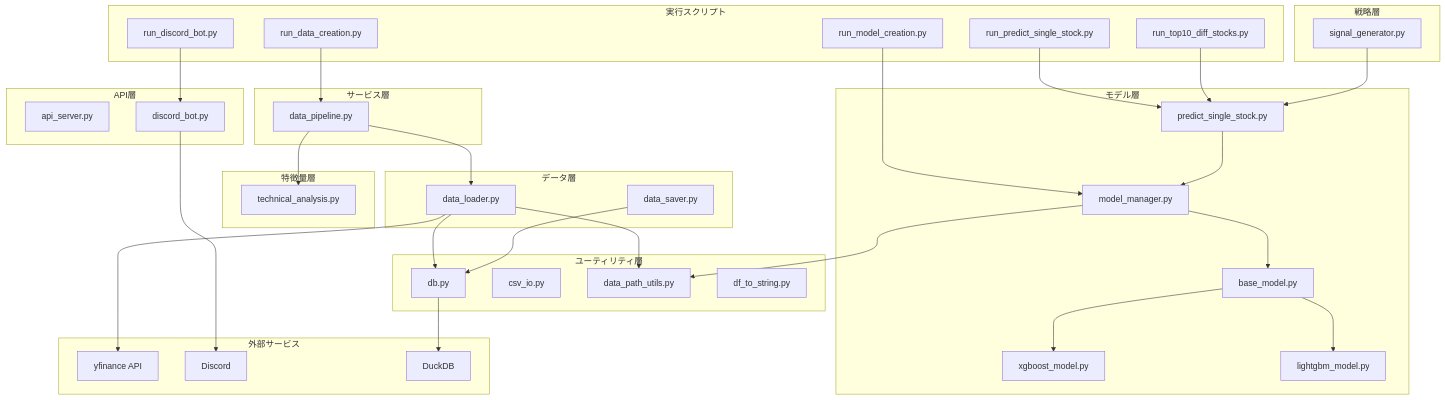
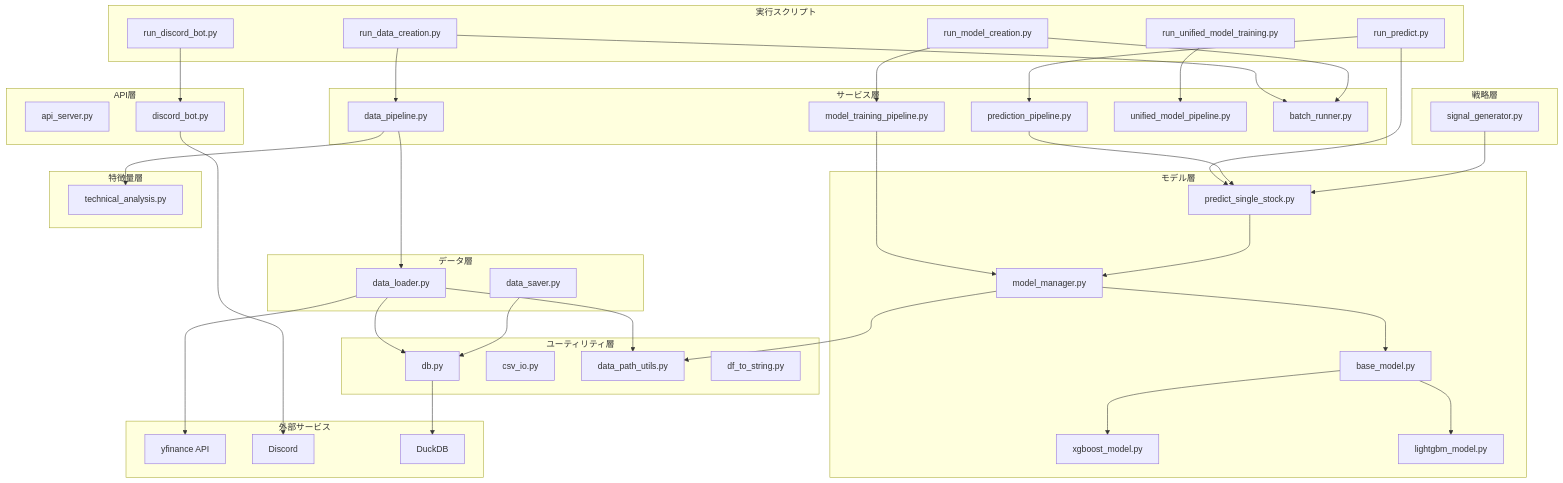
Before and after one commit to rei4725/StockFixer: the diagram in docs/ARCHITECTURE.md, drawn with Mermaid. The commit also changed other lines of this file and 14 other files, not shown here.

```diff
--- a/docs/ARCHITECTURE.md
+++ b/docs/ARCHITECTURE.md
@@ -352,8 +377,8 @@
     subgraph "実行スクリプト"
         R1[run_data_creation.py]
         R2[run_model_creation.py]
-        R3[run_predict_single_stock.py]
-        R4[run_top10_diff_stocks.py]
+        R3[run_predict.py]
+        R4[run_unified_model_training.py]
         R5[run_discord_bot.py]
     end
 
@@ -364,6 +389,10 @@
 
     subgraph "サービス層"
         S1[data_pipeline.py]
+        S2[model_training_pipeline.py]
+        S3[prediction_pipeline.py]
+        S4[unified_model_pipeline.py]
+        S5[batch_runner.py]
     end
 
     subgraph "モデル層"
@@ -401,10 +430,16 @@
     end
 
     R1 --> S1
-    R2 --> M1
+    R1 --> S5
+    R2 --> S2
+    R2 --> S5
+    R3 --> S3
     R3 --> M5
-    R4 --> M5
+    R4 --> S4
     R5 --> A2
+
+    S2 --> M1
+    S3 --> M5
 
     A2 --> E2
     S1 --> D1
```
